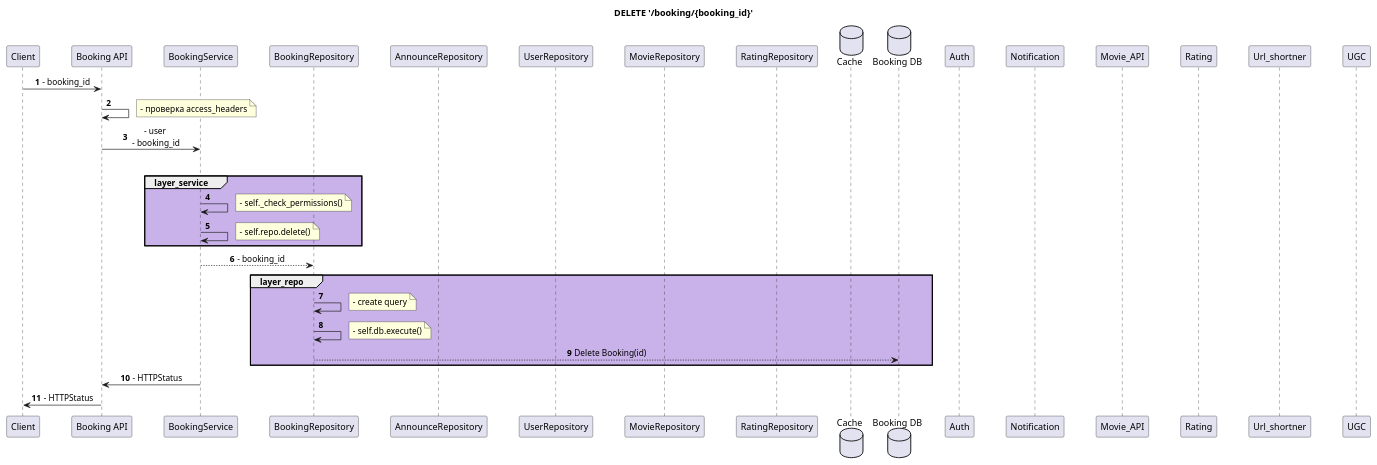
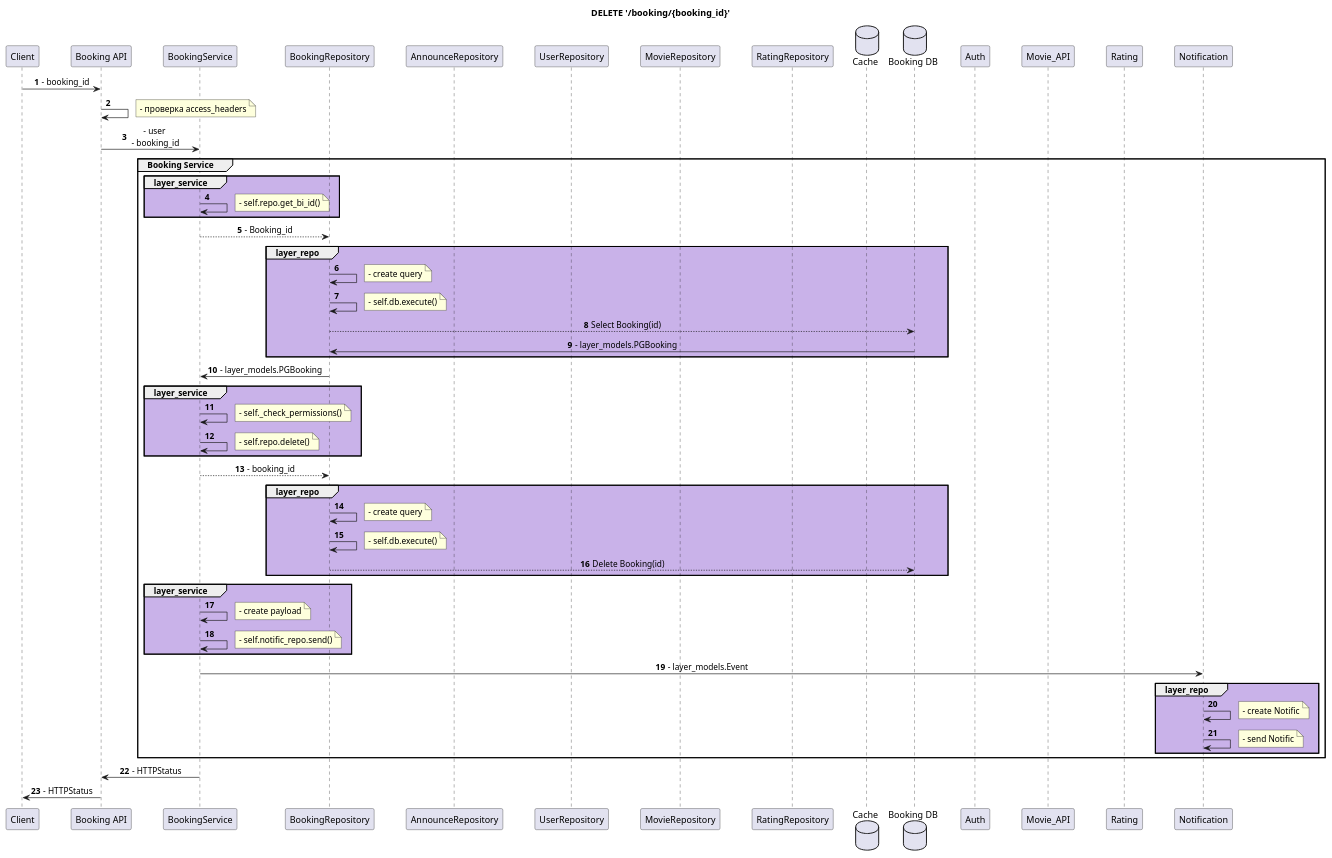
The diagram in docs/scheme/sequence_diagram/booking/delete.puml (GA10v/booking_service), drawn with PlantUML before and after one commit. The commit also changed 7 other files, not shown here.

Commit message:
fix sequence_diagram

```diff
--- a/docs/scheme/sequence_diagram/booking/delete.puml
+++ b/docs/scheme/sequence_diagram/booking/delete.puml
@@ -1,68 +1,118 @@
 @startuml layers
 ' !theme materia
 autonumber
 skinparam sequence {
     ParticipantPadding 20
     MessageAlign center
 }
 
 title DELETE '/booking/{booking_id}'
 
 participant Client as Client
 participant "Booking API" as API
 participant "BookingService" as Service
 participant "BookingRepository" as BookingRepo
 participant "AnnounceRepository" as AnnounceRepo
 participant "UserRepository" as UserRepo
 participant "MovieRepository" as MovieRepo
 participant "RatingRepository" as RatingRepo
 database "Cache" as Cache_Service
 database "Booking DB" as DB_Booking
 participant DB_Booking
 participant Auth
-participant Notification
 participant Movie_API
 participant Rating
-participant Url_shortner
-participant UGC
+participant Notification
+
 
 Client -> API: - booking_id
 API -> API:
 note right
     - проверка access_headers
 end note
 API -> Service: - user\n - booking_id
 
 group Booking Service
-
     group #C9B2E9 layer_service
         Service -> Service
         note right
-            - self._check_permissions()
-        end note
-        Service -> Service
-        note right
-            - self.repo.delete()
+            - self.repo.get_bi_id()
         end note
         end group
 
-        Service --> BookingRepo: - booking_id
+        Service --> BookingRepo: - Booking_id
 
         group #C9B2E9 layer_repo
-
             BookingRepo -> BookingRepo
             note right
                 - create query
             end note
 
             BookingRepo -> BookingRepo
             note right
                 - self.db.execute()
             end note
 
-            BookingRepo --> DB_Booking: Delete Booking(id)
+            BookingRepo --> DB_Booking: Select Booking(id)
+            DB_Booking -> BookingRepo: - layer_models.PGBooking
             end group
-            Service -> API: - HTTPStatus
 
-            API -> Client: - HTTPStatus
-            @enduml
+            BookingRepo -> Service: - layer_models.PGBooking
+
+            group #C9B2E9 layer_service
+                Service -> Service
+                note right
+                    - self._check_permissions()
+                end note
+                Service -> Service
+                note right
+                    - self.repo.delete()
+                end note
+                end group
+
+                Service --> BookingRepo: - booking_id
+
+                group #C9B2E9 layer_repo
+
+                    BookingRepo -> BookingRepo
+                    note right
+                        - create query
+                    end note
+
+                    BookingRepo -> BookingRepo
+                    note right
+                        - self.db.execute()
+                    end note
+
+                    BookingRepo --> DB_Booking: Delete Booking(id)
+                    end group
+
+                    group #C9B2E9 layer_service
+                        Service -> Service
+                        note right
+                            - create payload
+                        end note
+                        Service -> Service
+                        note right
+                            - self.notific_repo.send()
+                        end note
+                        end group
+
+                        Service -> Notification: - layer_models.Event
+                        group #C9B2E9 layer_repo
+                            Notification -> Notification
+                            note right
+                                - create Notific
+                            end note
+                            Notification -> Notification
+                            note right
+                                - send Notific
+                            end note
+
+                            end group
+                            end group
+
+                            Service -> API: - HTTPStatus
+
+                            API -> Client: - HTTPStatus
+                            @enduml
```
